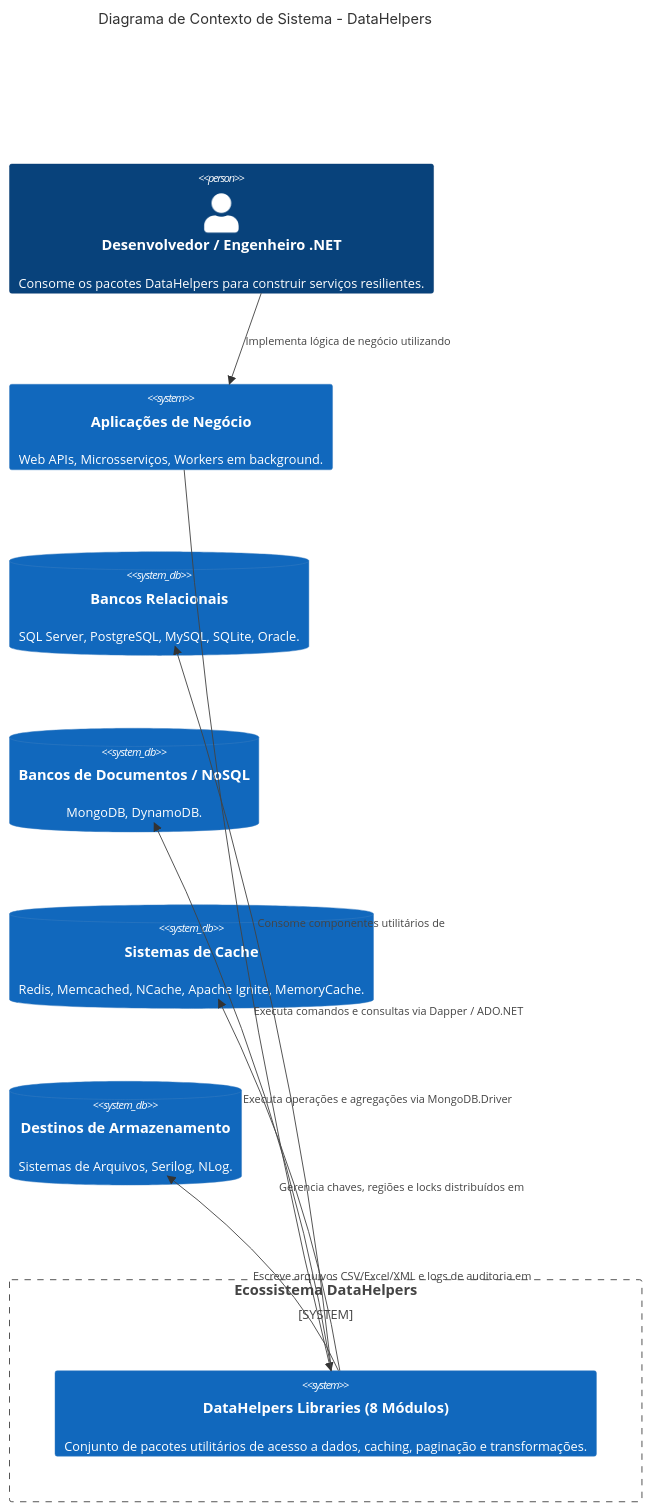
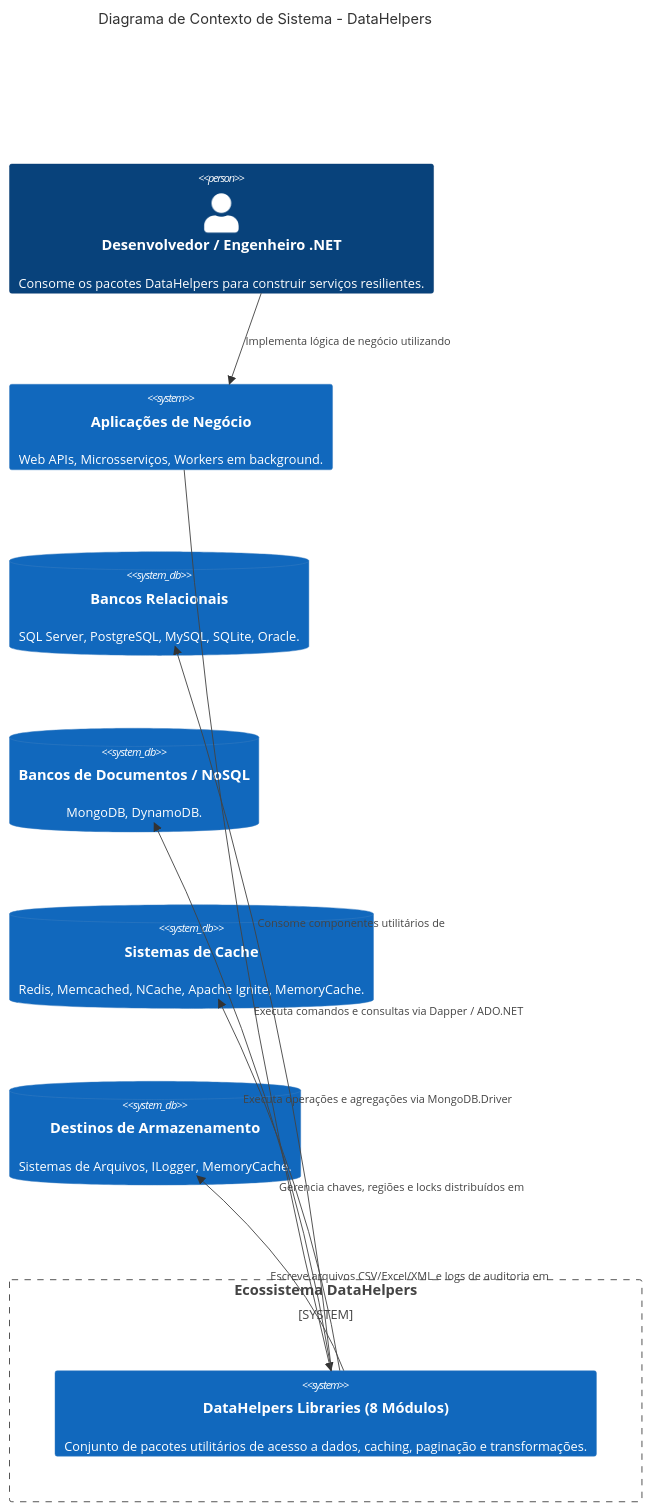
The second of 3 diagrams in docs/arquitetura/visao-geral.md (thaylonlopes/DataHelpers), drawn with Mermaid before and after one commit. The commit also changed other lines of this file and 1 other file, not shown here.

````diff
--- a/docs/arquitetura/visao-geral.md
+++ b/docs/arquitetura/visao-geral.md
@@ -52,21 +52,21 @@
 ```mermaid
 C4Context
     title Diagrama de Contexto de Sistema - DataHelpers
 
     Person(developer, "Desenvolvedor / Engenheiro .NET", "Consome os pacotes DataHelpers para construir serviços resilientes.")
     System(app, "Aplicações de Negócio", "Web APIs, Microsserviços, Workers em background.")
     System_Boundary(dh_boundary, "Ecossistema DataHelpers") {
         System(datahelpers, "DataHelpers Libraries (8 Módulos)", "Conjunto de pacotes utilitários de acesso a dados, caching, paginação e transformações.")
     }
     SystemDb(relational_dbs, "Bancos Relacionais", "SQL Server, PostgreSQL, MySQL, SQLite, Oracle.")
     SystemDb(document_dbs, "Bancos de Documentos / NoSQL", "MongoDB, DynamoDB.")
     SystemDb(cache_systems, "Sistemas de Cache", "Redis, Memcached, NCache, Apache Ignite, MemoryCache.")
-    SystemDb(storage_destinations, "Destinos de Armazenamento", "Sistemas de Arquivos, Serilog, NLog.")
+    SystemDb(storage_destinations, "Destinos de Armazenamento", "Sistemas de Arquivos, ILogger, MemoryCache.")
 
     Rel(developer, app, "Implementa lógica de negócio utilizando")
     Rel(app, datahelpers, "Consome componentes utilitários de")
     Rel(datahelpers, relational_dbs, "Executa comandos e consultas via Dapper / ADO.NET")
     Rel(datahelpers, document_dbs, "Executa operações e agregações via MongoDB.Driver")
     Rel(datahelpers, cache_systems, "Gerencia chaves, regiões e locks distribuídos em")
     Rel(datahelpers, storage_destinations, "Escreve arquivos CSV/Excel/XML e logs de auditoria em")
 ```
````
